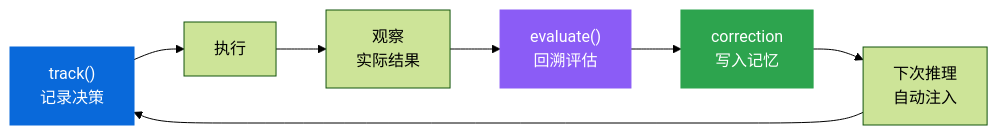
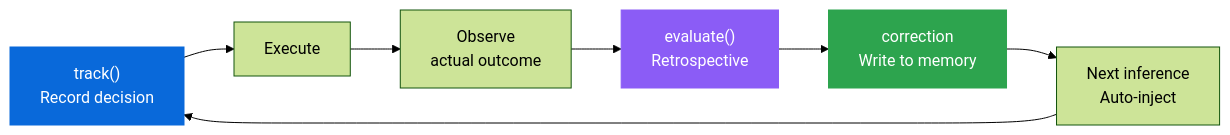
One commit to liuxiaotong/knowlyr-crew changed the second of 3 diagrams in README.md. Above: the diagram before and after it, drawn with Mermaid (forest theme). The commit also changed other lines of this file and 1 other file, not shown here.

````diff
--- a/README.md
+++ b/README.md
@@ -580,13 +469,13 @@
 ```mermaid
 graph LR
-    D["track()<br/>记录决策"] --> E["执行"]
-    E --> O["观察<br/>实际结果"]
-    O --> V["evaluate()<br/>回溯评估"]
-    V --> M["correction<br/>写入记忆"]
-    M --> I["下次推理<br/>自动注入"]
+    D["track()<br/>Record decision"] --> E["Execute"]
+    E --> O["Observe<br/>actual outcome"]
+    O --> V["evaluate()<br/>Retrospective"]
+    V --> M["correction<br/>Write to memory"]
+    M --> I["Next inference<br/>Auto-inject"]
     I --> D
 
     style D fill:#0969da,color:#fff,stroke:#0969da
     style V fill:#8b5cf6,color:#fff,stroke:#8b5cf6
     style M fill:#2da44e,color:#fff,stroke:#2da44e
 ```
````
